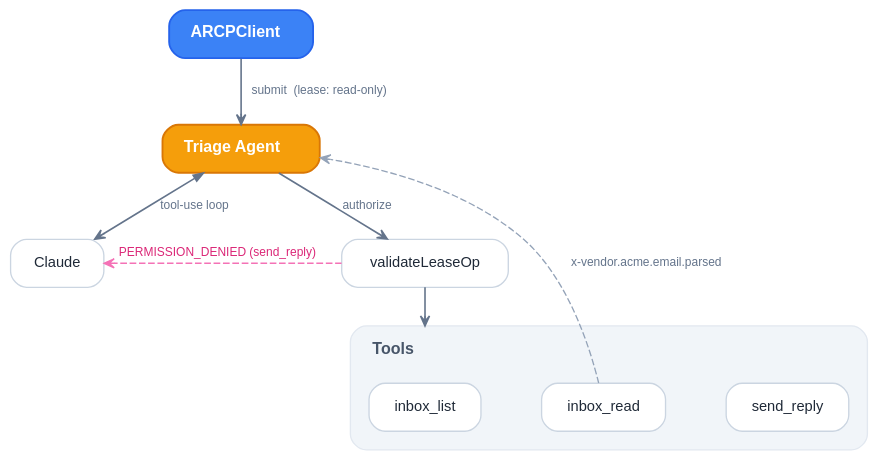
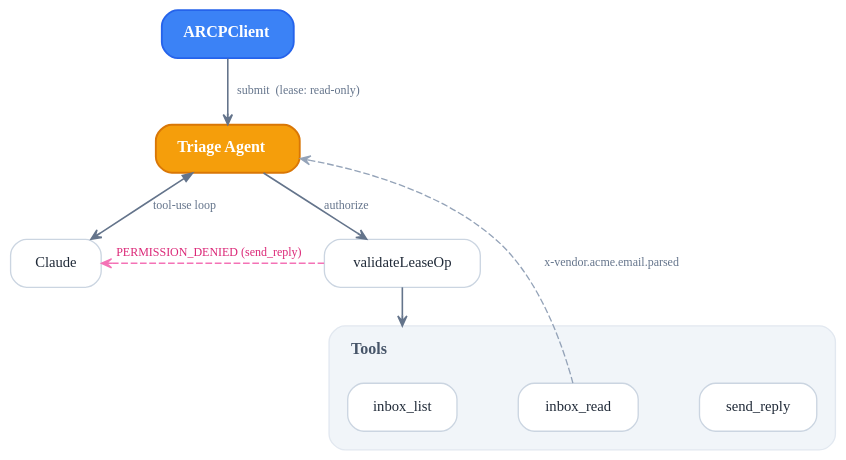
The diagram in recipes/diagrams/email-vendor-leases-light.dot (agentruntimecontrolprotocol/typescript-sdk), drawn with Graphviz before and after one commit. The commit also changed 49 other files, not shown here.

First line of the commit message:
Harmonize Graphviz diagrams with the ARCP design system

```diff
--- a/recipes/diagrams/email-vendor-leases-light.dot
+++ b/recipes/diagrams/email-vendor-leases-light.dot
@@ -1,75 +1,75 @@
 digraph EmailVendorLeases {
   rankdir=TB;
   bgcolor="transparent";
   compound=true;
-  fontname="Helvetica";
+  fontname="TT Commons Pro Trial";
   splines=spline;
   nodesep=0.32;
   ranksep=0.55;
   pad="0.35,0.25";
 
   node [
     shape=box, style="rounded,filled",
     fillcolor="white", color="#CBD5E1",
-    fontname="Helvetica", fontsize=11, fontcolor="#1F2937",
+    fontname="TT Commons Pro Trial", fontsize=11, fontcolor="#1F2937",
     margin="0.22,0.11", penwidth=1.0
   ];
 
   edge [
-    fontname="Helvetica", fontsize=9, fontcolor="#64748B",
+    fontname="TT Commons Pro Trial", fontsize=9, fontcolor="#64748B",
     color="#94A3B8", penwidth=1.1, arrowsize=0.75, arrowhead=vee
   ];
 
   Client [
     label=<<FONT POINT-SIZE="12"><B>ARCPClient</B></FONT>>,
     fillcolor="#3B82F6", color="#2563EB",
     fontcolor="white", penwidth=1.4
   ];
 
   Triage [
     label=<<FONT POINT-SIZE="12"><B>Triage Agent</B></FONT>>,
     fillcolor="#F59E0B", color="#D97706",
     fontcolor="white", penwidth=1.4
   ];
 
   Claude [label="Claude"];
   Lease  [label="validateLeaseOp"];
 
   subgraph cluster_tools {
     label=<<TABLE BORDER="0" CELLBORDER="0" CELLPADDING="0" CELLSPACING="0"><TR><TD COLSPAN="3" HEIGHT="8"></TD></TR><TR><TD WIDTH="8"></TD><TD><FONT POINT-SIZE="12"><B>Tools</B></FONT></TD><TD WIDTH="8"></TD></TR></TABLE>>;
     style="rounded,filled";
     fillcolor="#F1F5F9";
     color="#E2E8F0";
-    fontname="Helvetica";
+    fontname="TT Commons Pro Trial";
     fontcolor="#475569";
     margin=14;
     labeljust=l;
     penwidth=1.0;
 
     T1 [label="inbox_list"];
     T2 [label="inbox_read"];
     T3 [label="send_reply"];
 
     T1 -> T2 -> T3 [style=invis];
     { rank=same; T1; T2; T3; }
   }
 
   edge [color="#64748B", penwidth=1.2];
   Client -> Triage [label="submit  (lease: read-only)"];
   Triage -> Claude [dir=both, label="tool-use loop"];
   Triage -> Lease  [label="authorize"];
   Lease  -> T1     [lhead=cluster_tools];
 
   edge [color="#CBD5E1", penwidth=1.0];
   T2 -> Triage [
     style=dashed, color="#94A3B8", penwidth=1.0,
     constraint=false,
     label="x-vendor.acme.email.parsed", fontsize=9
   ];
 
   Lease -> Claude [
     style=dashed, color="#F472B6", penwidth=1.1,
     constraint=false,
     label=<<FONT COLOR="#DB2777">PERMISSION_DENIED (send_reply)</FONT>>, fontsize=9
   ];
 }
```
